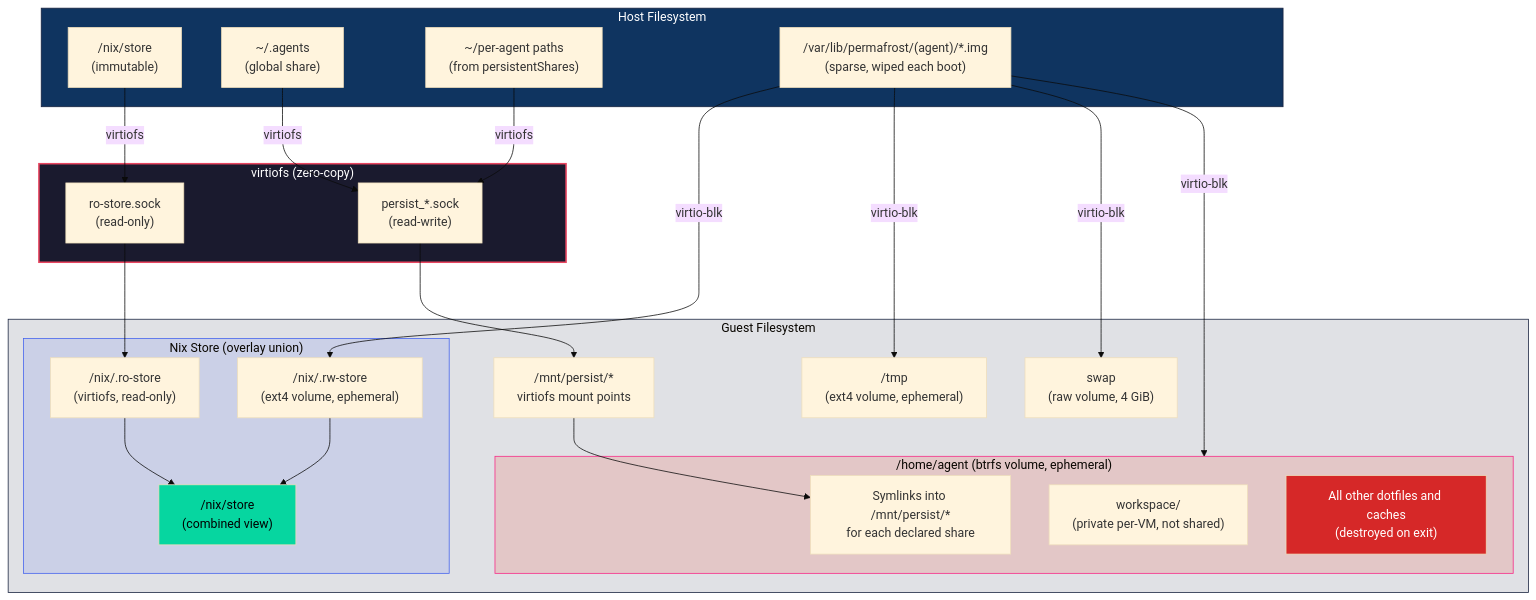
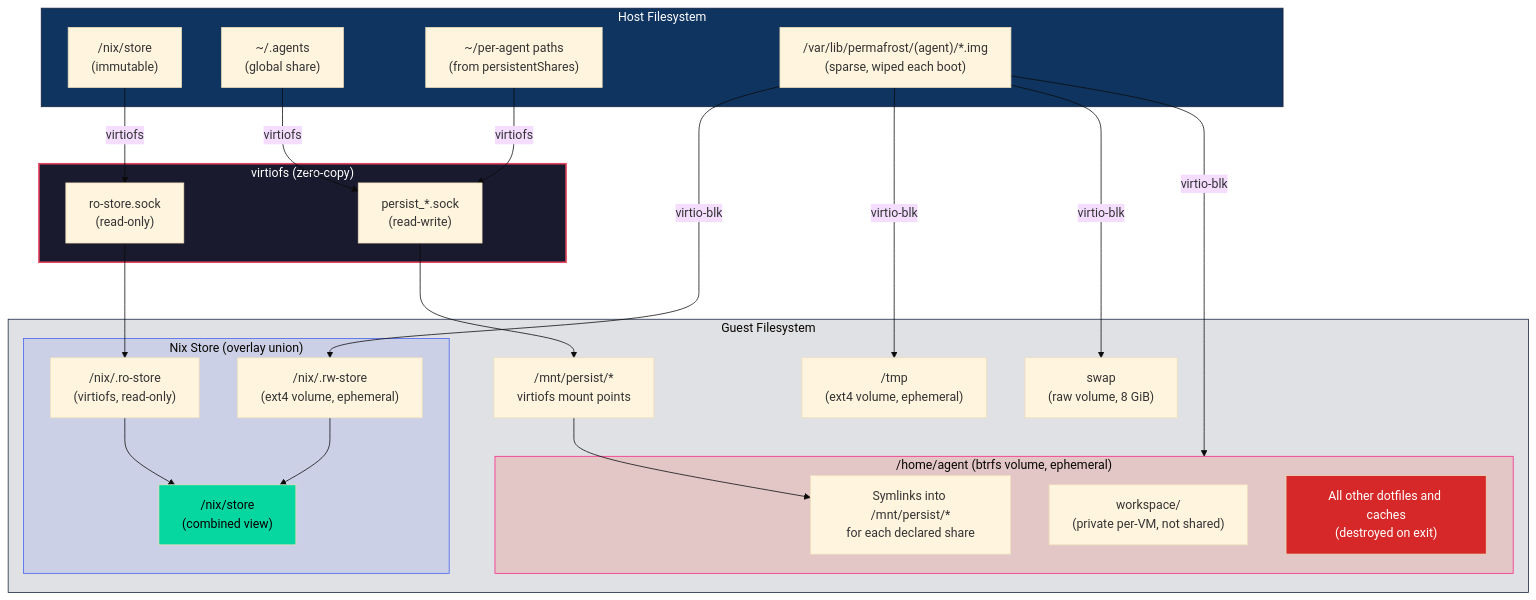
Before and after one commit to tenarches/nix-permafrost: the sixth of 7 diagrams in README.md, drawn with Mermaid (base theme). The commit also changed other lines of this file and 3 other files, not shown here.

````diff
--- a/README.md
+++ b/README.md
@@ -238,51 +238,51 @@
 ```mermaid
 graph TD
     subgraph HOST_FS["Host Filesystem"]
         H_STORE["/nix/store<br/>(immutable)"]
         H_GLOBAL["~/.agents<br/>(global share)"]
         H_AGENT["~/per-agent paths<br/>(from persistentShares)"]
         H_IMG["/var/lib/permafrost/(agent)/*.img<br/>(sparse, wiped each boot)"]
     end
 
     subgraph VIRTIOFS["virtiofs (zero-copy)"]
         VF1["ro-store.sock<br/>(read-only)"]
         VF2["persist_*.sock<br/>(read-write)"]
     end
 
     subgraph GUEST_FS["Guest Filesystem"]
         subgraph NIX_UNION["Nix Store (overlay union)"]
             RO["/nix/.ro-store<br/>(virtiofs, read-only)"]
             RW["/nix/.rw-store<br/>(ext4 volume, ephemeral)"]
             UNION["/nix/store<br/>(combined view)"]
         end
 
         subgraph HOME["/home/agent (btrfs volume, ephemeral)"]
             SYMS["Symlinks into /mnt/persist/*<br/>for each declared share"]
             WS["workspace/<br/>(private per-VM, not shared)"]
             EPHEM["All other dotfiles and caches<br/>(destroyed on exit)"]
         end
 
         TMPV["/tmp<br/>(ext4 volume, ephemeral)"]
-        SWAP["swap<br/>(raw volume, 4 GiB)"]
+        SWAP["swap<br/>(raw volume, 8 GiB)"]
         PERSIST["/mnt/persist/*<br/>virtiofs mount points"]
     end
 
     H_STORE -->|virtiofs| VF1 --> RO
     H_GLOBAL -->|virtiofs| VF2 --> PERSIST
     H_AGENT -->|virtiofs| VF2
     H_IMG -->|virtio-blk| RW
     H_IMG -->|virtio-blk| HOME
     H_IMG -->|virtio-blk| TMPV
     H_IMG -->|virtio-blk| SWAP
     RO --> UNION
     RW --> UNION
     PERSIST --> SYMS
 
     style HOST_FS fill:#0f3460,stroke:#16213e,color:#fff
     style VIRTIOFS fill:#1a1a2e,stroke:#e94560,color:#fff,stroke-width:2px
     style GUEST_FS fill:#16213e22,stroke:#16213e
     style NIX_UNION fill:#4361ee22,stroke:#4361ee
     style HOME fill:#f7200522,stroke:#f72585
     style EPHEM fill:#d62828,color:#fff
     style UNION fill:#06d6a0,color:#000
 ```
````
